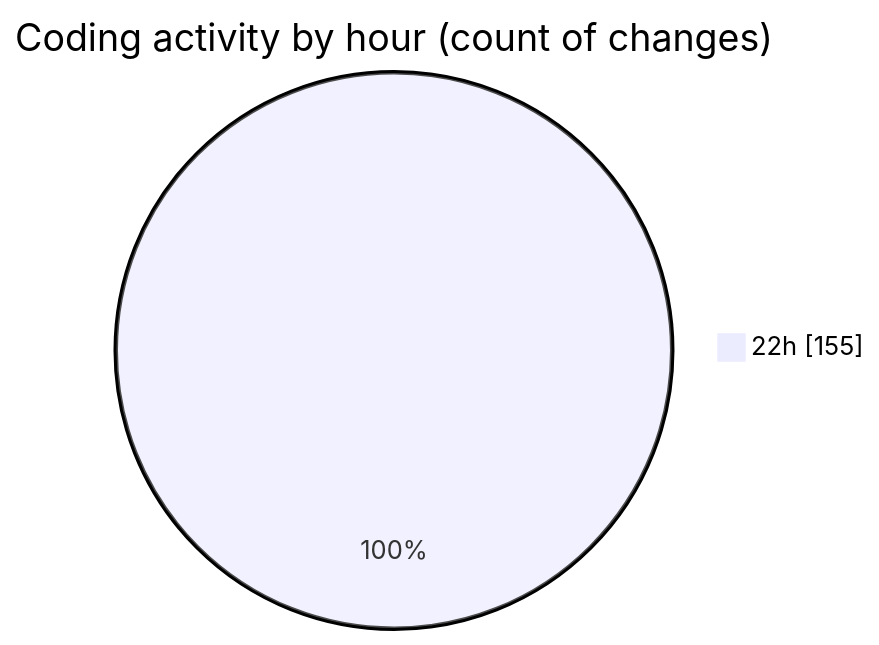
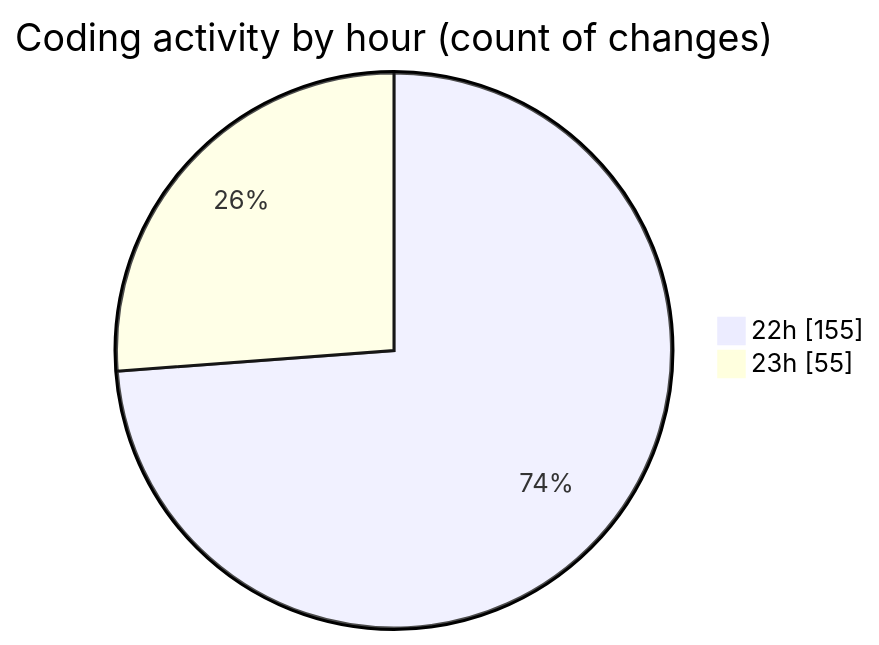
One commit to Ritupan-Deka/code-tracking changed the second of 2 diagrams in 2025-08-09/javascript/README.md. Above: the diagram before and after it, drawn with Mermaid. The commit also changed other lines of this file and 1 other file, not shown here.

````diff
--- a/2025-08-09/javascript/README.md
+++ b/2025-08-09/javascript/README.md
@@ -28,5 +28,6 @@
 ```mermaid
 pie showData
 title Coding activity by hour (count of changes)
 "22h" : 155
+"23h" : 55
 ```
````
